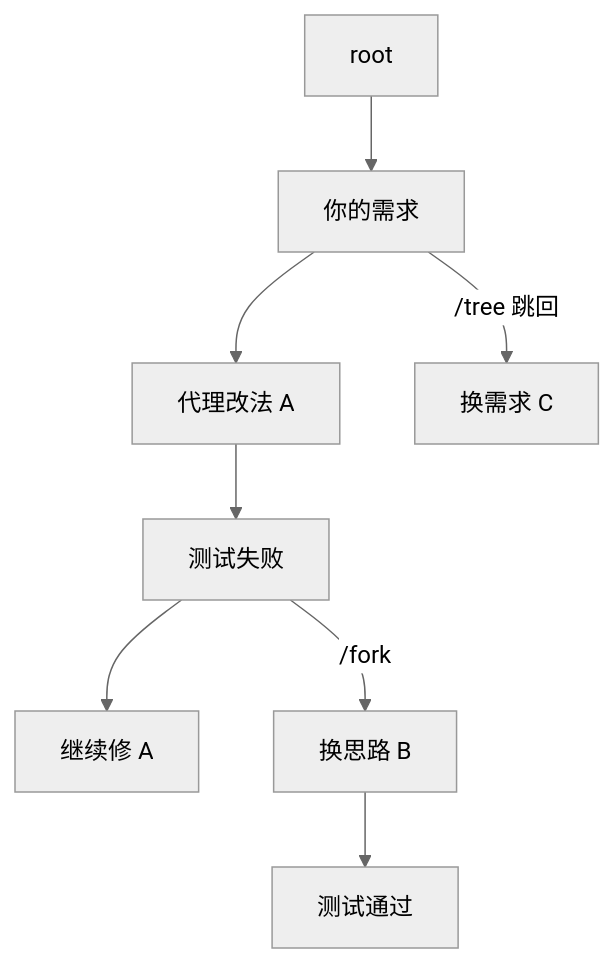
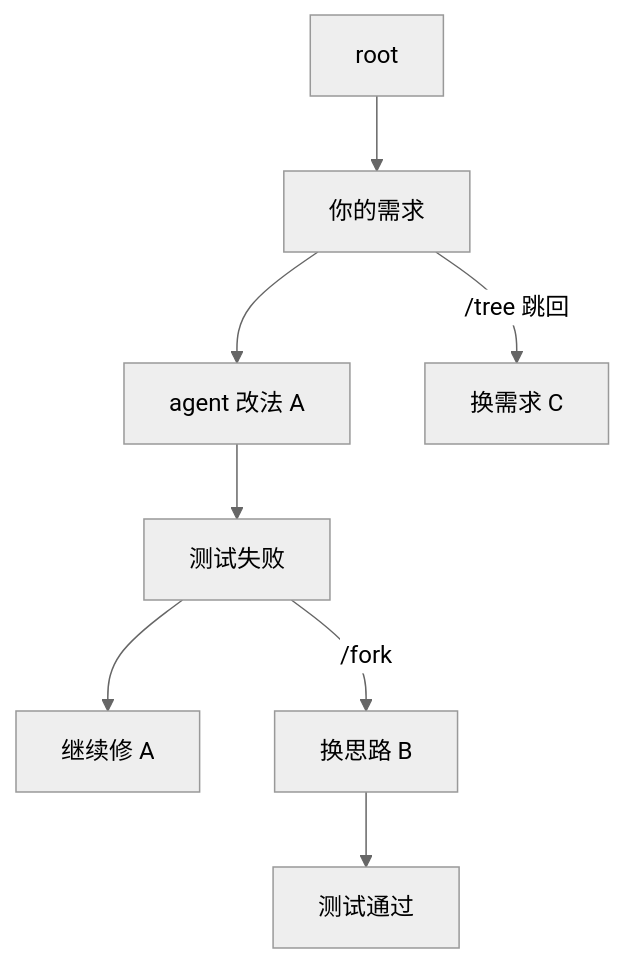
Before and after one commit to fxjs/ai-coding-agents-book: the third of 4 diagrams in book/06-context.md, drawn with Mermaid (neutral theme). The commit also changed other lines of this file and 29 other files, not shown here.

````diff
--- a/book/06-context.md
+++ b/book/06-context.md
@@ -123,10 +123,10 @@
 ```mermaid
 flowchart TD
   R[root] --> A1[你的需求]
-  A1 --> A2[代理改法 A]
+  A1 --> A2[agent 改法 A]
   A2 --> A3[测试失败]
   A3 --> A4[继续修 A]
   A3 -->|/fork| B1[换思路 B]
   B1 --> B2[测试通过]
   A1 -->|/tree 跳回| C1[换需求 C]
 ```
````
